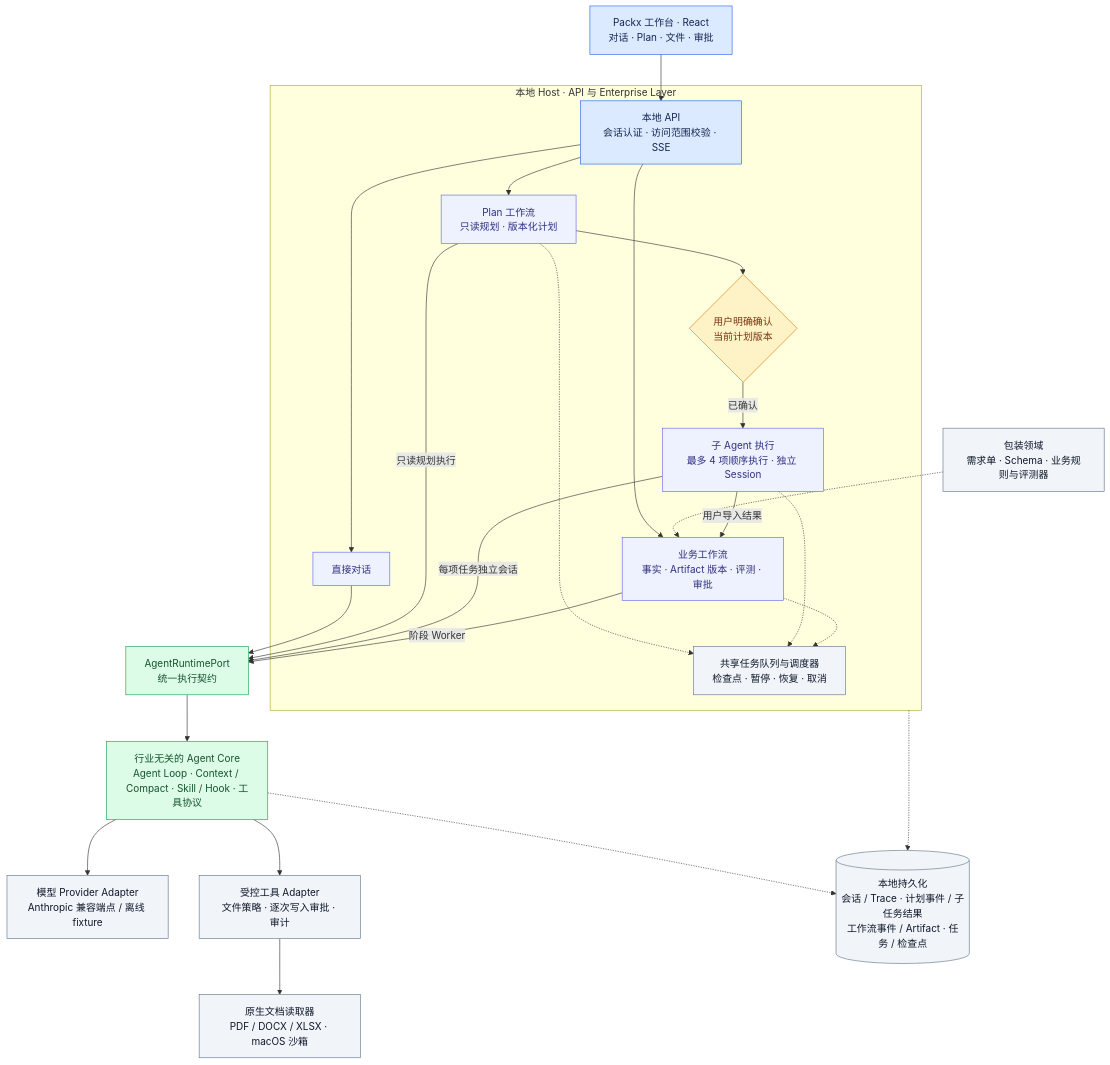
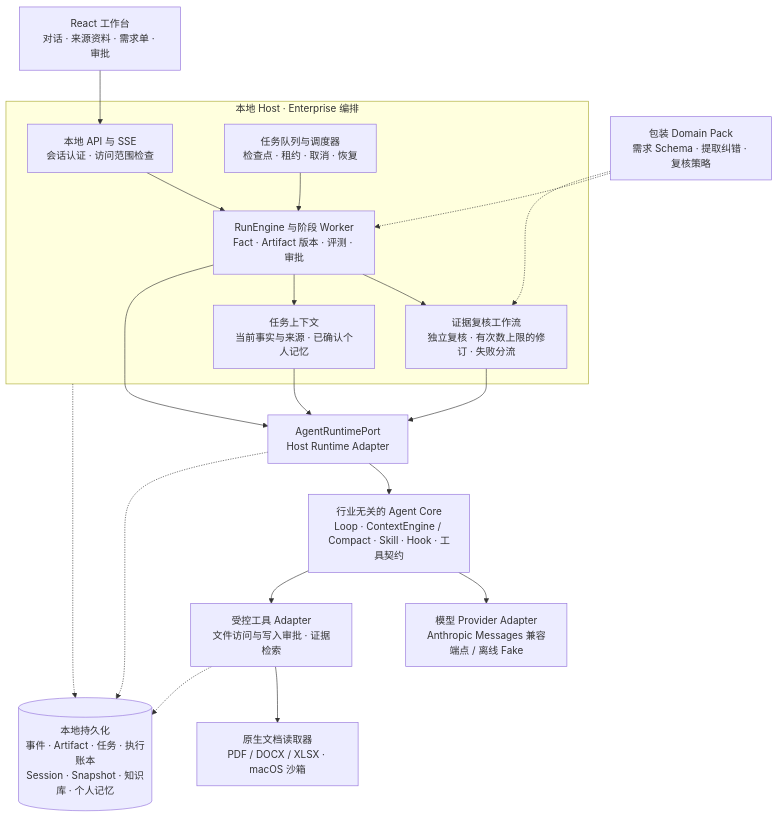
The second of 2 diagrams in README.zh-CN.md (B1ackB/Packx), drawn with Mermaid before and after one commit. The commit also changed other lines of this file and 2 other files, not shown here.

Commit message:
docs: refresh bilingual README workflow and architecture

````diff
--- a/README.zh-CN.md
+++ b/README.zh-CN.md
@@ -109,55 +59,38 @@
 ```mermaid
 flowchart TB
-	UI["Packx 工作台 · React<br/>对话 · Plan · 文件 · 审批"]
+	UI["React 工作台<br/>对话 · 来源资料 · 需求单 · 审批"]
+	DOMAIN["包装 Domain Pack<br/>需求 Schema · 提取纠错 · 复核策略"]
 
-	subgraph HOST["本地 Host · API 与 Enterprise Layer"]
-		API["本地 API<br/>会话认证 · 访问范围校验 · SSE"]
-		CHAT["直接对话"]
-		PLAN["Plan 工作流<br/>只读规划 · 版本化计划"]
-		CONFIRM{"用户明确确认<br/>当前计划版本"}
-		CHILD["子 Agent 执行<br/>最多 4 项顺序执行 · 独立 Session"]
-		WORKFLOW["业务工作流<br/>事实 · Artifact 版本 · 评测 · 审批"]
-		JOBS["共享任务队列与调度器<br/>检查点 · 暂停 · 恢复 · 取消"]
-		API --> CHAT
-		API --> PLAN
+	subgraph HOST["本地 Host · Enterprise 编排"]
+		API["本地 API 与 SSE<br/>会话认证 · 访问范围检查"]
+		WORKFLOW["RunEngine 与阶段 Worker<br/>Fact · Artifact 版本 · 评测 · 审批"]
+		REVIEW["证据复核工作流<br/>独立复核 · 有次数上限的修订 · 失败分流"]
+		JOBS["任务队列与调度器<br/>检查点 · 租约 · 取消 · 恢复"]
+		CONTEXT["任务上下文<br/>当前事实与来源 · 已确认个人记忆"]
 		API --> WORKFLOW
-		PLAN --> CONFIRM
-		CONFIRM -->|已确认| CHILD
-		PLAN -.-> JOBS
-		CHILD -.-> JOBS
-		WORKFLOW -.-> JOBS
+		WORKFLOW --> REVIEW
+		JOBS --> WORKFLOW
+		WORKFLOW --> CONTEXT
 	end
 
-	DOMAIN["包装领域<br/>需求单 · Schema · 业务规则与评测器"]
-	PORT["AgentRuntimePort<br/>统一执行契约"]
-	CORE["行业无关的 Agent Core<br/>Agent Loop · Context / Compact · Skill / Hook · 工具协议"]
-	MODEL["模型 Provider Adapter<br/>Anthropic 兼容端点 / 离线 fixture"]
-	TOOLS["受控工具 Adapter<br/>文件策略 · 逐次写入审批 · 审计"]
+	PORT["AgentRuntimePort<br/>Host Runtime Adapter"]
+	CORE["行业无关的 Agent Core<br/>Loop · ContextEngine / Compact · Skill · Hook · 工具契约"]
+	PROVIDER["模型 Provider Adapter<br/>Anthropic Messages 兼容端点 / 离线 Fake"]
+	TOOLS["受控工具 Adapter<br/>文件访问与写入审批 · 证据检索"]
 	NATIVE["原生文档读取器<br/>PDF / DOCX / XLSX · macOS 沙箱"]
-	STORE[("本地持久化<br/>会话 / Trace · 计划事件 / 子任务结果<br/>工作流事件 / Artifact · 任务 / 检查点")]
+	STORE[("本地持久化<br/>事件 · Artifact · 任务 · 执行账本<br/>Session · Snapshot · 知识库 · 个人记忆")]
 
 	UI --> API
 	DOMAIN -.-> WORKFLOW
-	CHAT --> PORT
-	PLAN -->|只读规划执行| PORT
-	CHILD -->|用户导入结果| WORKFLOW
-	CHILD -->|每项任务独立会话| PORT
-	WORKFLOW -->|阶段 Worker| PORT
+	DOMAIN -.-> REVIEW
+	WORKFLOW --> PORT
+	REVIEW --> PORT
+	CONTEXT --> PORT
 	PORT --> CORE
-	CORE --> MODEL
+	CORE --> PROVIDER
 	CORE --> TOOLS
 	TOOLS --> NATIVE
 	HOST -.-> STORE
-	CORE -.-> STORE
-
-	classDef entry fill:#dbeafe,stroke:#2563eb,color:#172554
-	classDef orchestration fill:#eef2ff,stroke:#6366f1,color:#312e81
-	classDef gate fill:#fef3c7,stroke:#d97706,color:#78350f
-	classDef runtime fill:#dcfce7,stroke:#16a34a,color:#14532d
-	classDef infrastructure fill:#f1f5f9,stroke:#64748b,color:#0f172a
-	class UI,API entry
-	class CHAT,PLAN,CHILD,WORKFLOW orchestration
-	class CONFIRM gate
-	class PORT,CORE runtime
-	class DOMAIN,JOBS,MODEL,TOOLS,NATIVE,STORE infrastructure
+	PORT -.-> STORE
+	TOOLS -.-> STORE
 ```
````
